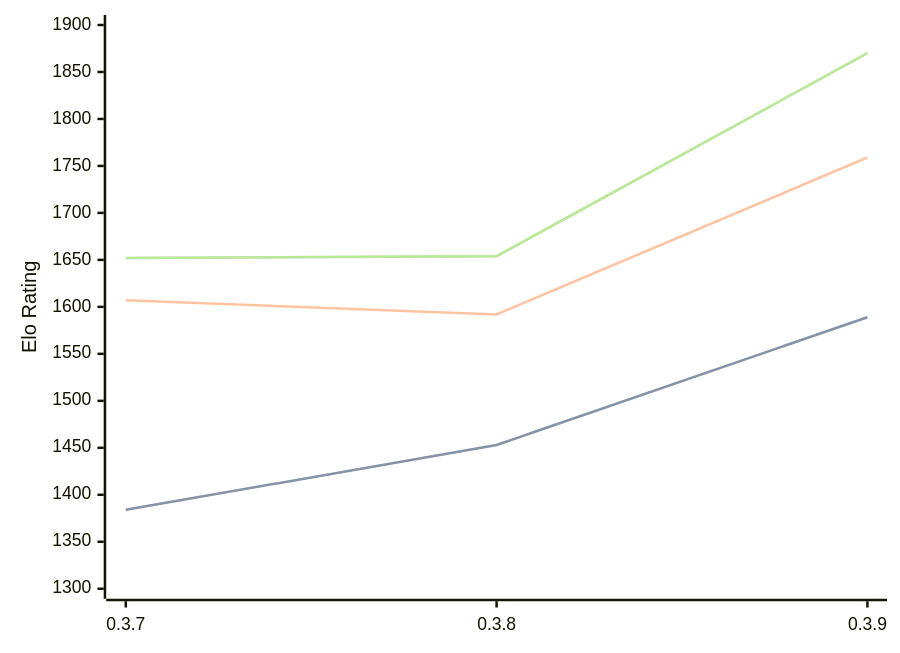
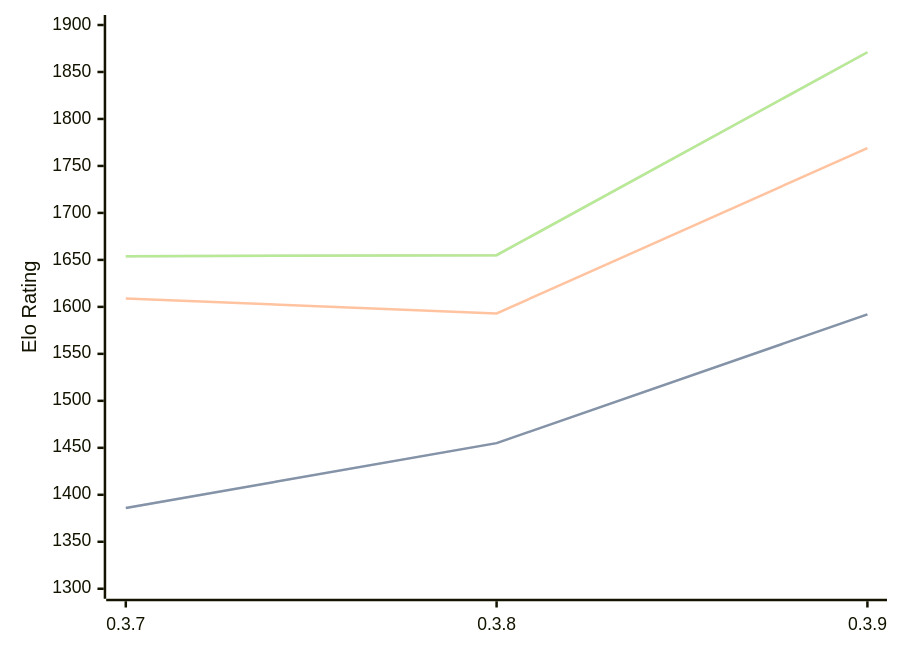
One commit to computer-chess-index/cci changed the diagram in engines/Arche.md. Above: the diagram before and after it, drawn with Mermaid. The commit also changed other lines of this file, not shown here.

Commit message:
Update CCI Ratings (ELO VLTC) - 2026-08-22

````diff
--- a/engines/Arche.md
+++ b/engines/Arche.md
@@ -33,11 +33,11 @@
 ```mermaid
 %%{init: {"theme":"base","themeVariables":{"seriesColors:['#a3a3a3','#222221','#faa371']}}}%%
 xychart-beta
   x-axis ["0.3.7", "0.3.8", "0.3.9"]
   y-axis "Elo Rating" 1300 --> 1900
-  line "STC (8.0+0.08s)" [1384, 1453, 1589]
-  line "STC (8.0+0.08s)" [1384, 1453, 1589]
-  line "LTC (60.0+0.60s)" [1607, 1592, 1759]
-  line "VLTC (2m24s+1.12s)" [1652, 1654, 1870]
-  line "VLTC (2m24s+1.12s)" [1652, 1654, 1870]
+  line "STC (8.0+0.08s)" [1386, 1455, 1592]
+  line "STC (8.0+0.08s)" [1386, 1455, 1592]
+  line "LTC (60.0+0.60s)" [1609, 1593, 1769]
+  line "VLTC (2m24s+1.12s)" [1654, 1655, 1871]
+  line "VLTC (2m24s+1.12s)" [1654, 1655, 1871]
 ```
````
